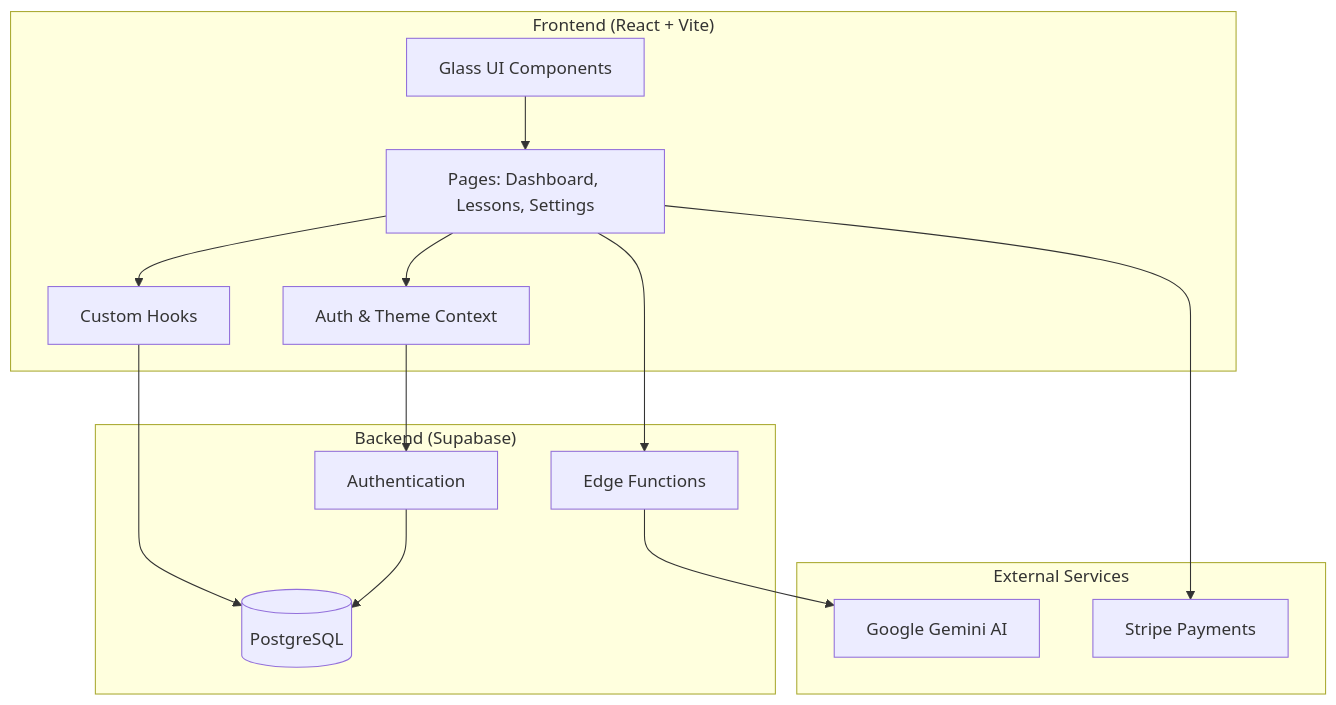
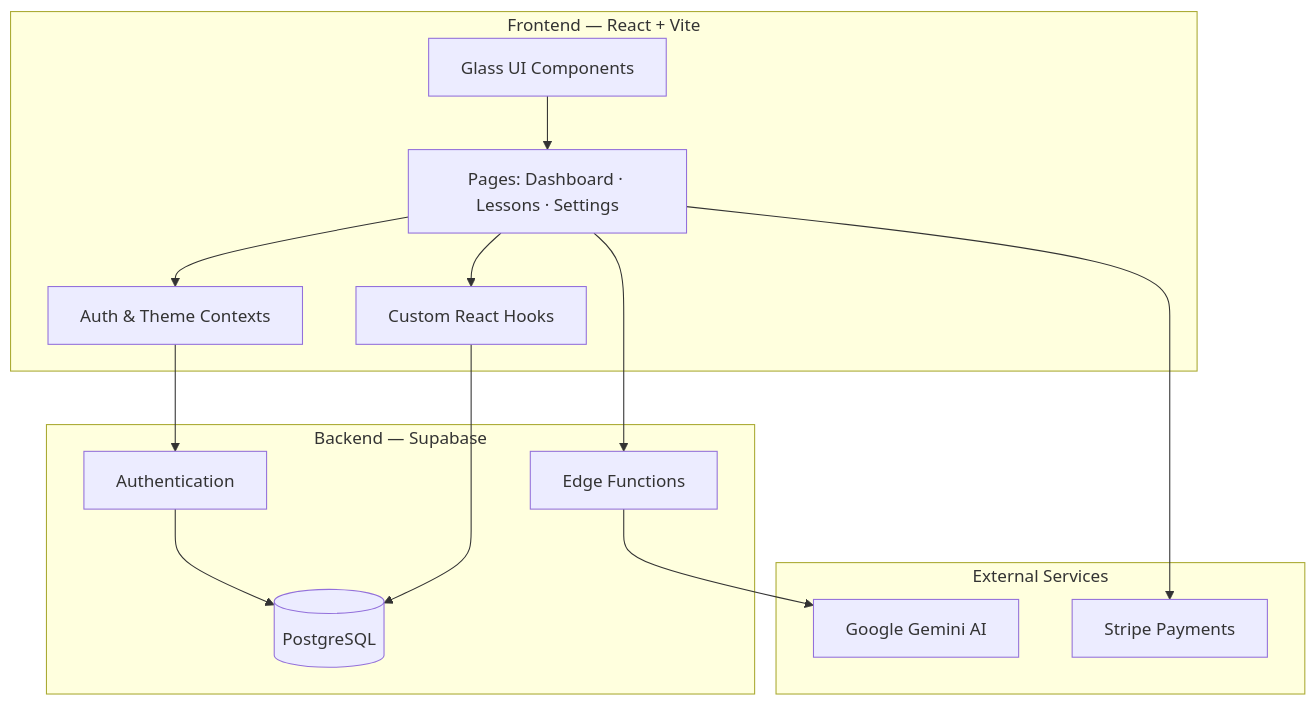
The diagram in README.md (sahilkamalny/relearnable-showcase), drawn with Mermaid before and after one commit. The commit also changed other lines of this file, not shown here.

````diff
--- a/README.md
+++ b/README.md
@@ -88,30 +80,26 @@
 ```mermaid
 flowchart TB
-    subgraph Client["Frontend (React + Vite)"]
+    subgraph Client["Frontend — React + Vite"]
         UI[Glass UI Components]
-        Pages[Pages: Dashboard, Lessons, Settings]
-        Hooks[Custom Hooks]
-        Context[Auth & Theme Context]
+        Pages[Pages: Dashboard · Lessons · Settings]
+        Hooks[Custom React Hooks]
+        Context[Auth & Theme Contexts]
     end
-    
-    subgraph Backend["Backend (Supabase)"]
+
+    subgraph Backend["Backend — Supabase"]
         Auth[Authentication]
         DB[(PostgreSQL)]
         Edge[Edge Functions]
     end
-    
+
     subgraph External["External Services"]
         Gemini[Google Gemini AI]
         Stripe[Stripe Payments]
     end
-    
-    UI --> Pages
-    Pages --> Hooks
-    Pages --> Context
-    Context --> Auth
+
+    UI --> Pages --> Hooks & Context
+    Context --> Auth --> DB
     Hooks --> DB
-    Pages --> Edge
-    Edge --> Gemini
+    Pages --> Edge --> Gemini
     Pages --> Stripe
-    Auth --> DB
 ```
````
